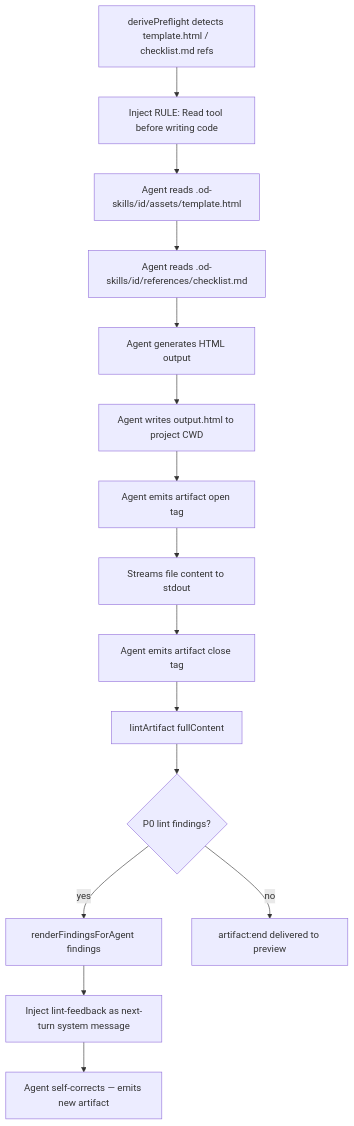
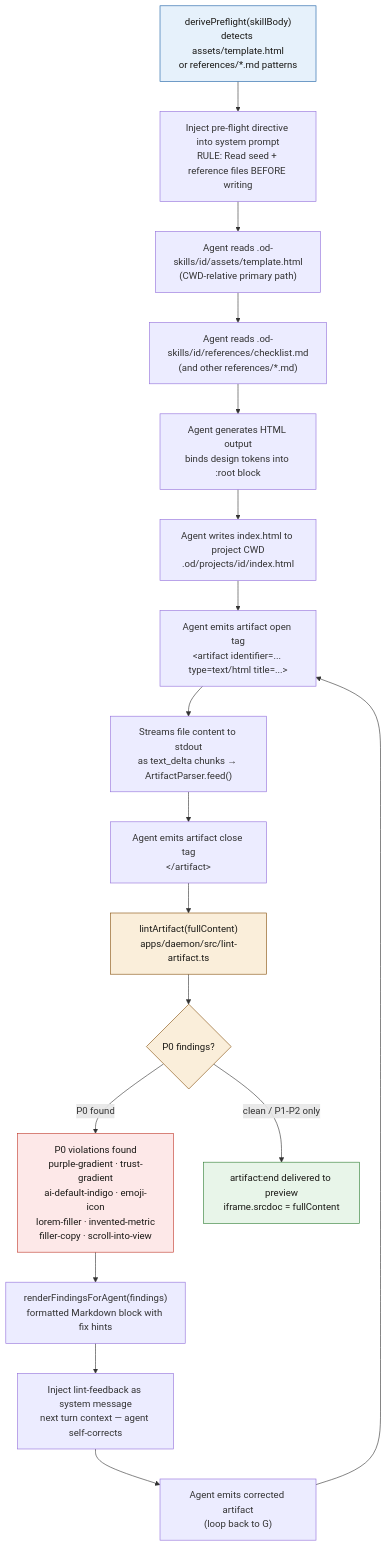
One commit to MinhTuan2405/opendesign_exploration changed the seventh of 11 diagrams in backend/open-design-data-flow-map.md. Above: the diagram before and after it, drawn with Mermaid. The commit also changed other lines of this file and 1 other file, not shown here.

````diff
--- a/backend/open-design-data-flow-map.md
+++ b/backend/open-design-data-flow-map.md
@@ -623,22 +658,30 @@
 ```mermaid
 flowchart TD
-  A[derivePreflight detects template.html / checklist.md refs]
-  B[Inject RULE: Read tool before writing code]
-  C[Agent reads .od-skills/id/assets/template.html]
-  D[Agent reads .od-skills/id/references/checklist.md]
-  E[Agent generates HTML output]
-  F[Agent writes output.html to project CWD]
-  G[Agent emits artifact open tag]
-  H[Streams file content to stdout]
-  I[Agent emits artifact close tag]
-  J{P0 lint findings?}
-  K[lintArtifact fullContent]
-  L[renderFindingsForAgent findings]
-  M[Inject lint-feedback as next-turn system message]
-  N[Agent self-corrects — emits new artifact]
+    A["derivePreflight(skillBody)\ndetects assets/template.html\nor references/*.md patterns"]
+    B["Inject pre-flight directive into system prompt\nRULE: Read seed + reference files BEFORE writing"]
+    C["Agent reads .od-skills/id/assets/template.html\n(CWD-relative primary path)"]
+    D["Agent reads .od-skills/id/references/checklist.md\n(and other references/*.md)"]
+    E["Agent generates HTML output\nbinds design tokens into :root block"]
+    F["Agent writes index.html to project CWD\n.od/projects/id/index.html"]
+    G["Agent emits artifact open tag\n&lt;artifact identifier=... type=text/html title=...&gt;"]
+    H["Streams file content to stdout\nas text_delta chunks → ArtifactParser.feed()"]
+    I["Agent emits artifact close tag\n&lt;/artifact&gt;"]
+    K["lintArtifact(fullContent)\napps/daemon/src/lint-artifact.ts"]
+    J{"P0 findings?"}
+    L["P0 violations found\npurple-gradient · trust-gradient\nai-default-indigo · emoji-icon\nlorem-filler · invented-metric\nfiller-copy · scroll-into-view"]
+    M["renderFindingsForAgent(findings)\nformatted Markdown block with fix hints"]
+    N["Inject lint-feedback as system message\nnext turn context — agent self-corrects"]
+    O["Agent emits corrected artifact\n(loop back to G)"]
+    DONE["artifact:end delivered to preview\niframe.srcdoc = fullContent"]
 
-  A --> B --> C --> D --> E --> F --> G --> H --> I --> K
-  K --> J
-  J -- yes --> L --> M --> N
-  J -- no --> END[artifact:end delivered to preview]
+    A --> B --> C --> D --> E --> F --> G --> H --> I --> K
+    K --> J
+    J -- P0 found --> L --> M --> N --> O --> G
+    J -- clean / P1-P2 only --> DONE
+
+    style A fill:#e6f1fb,stroke:#185fa5,color:#1a1916
+    style K fill:#faeeda,stroke:#854f0b,color:#1a1916
+    style J fill:#faeeda,stroke:#854f0b,color:#1a1916
+    style L fill:#fde8e8,stroke:#c0392b,color:#1a1916
+    style DONE fill:#e8f5e9,stroke:#2e7d32,color:#1a1916
 ```
````
